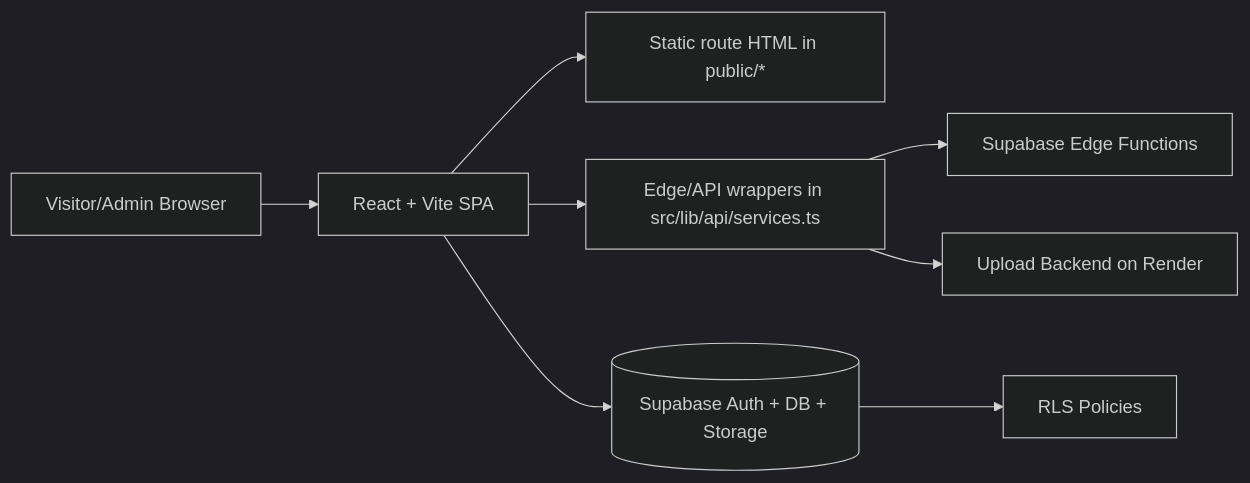
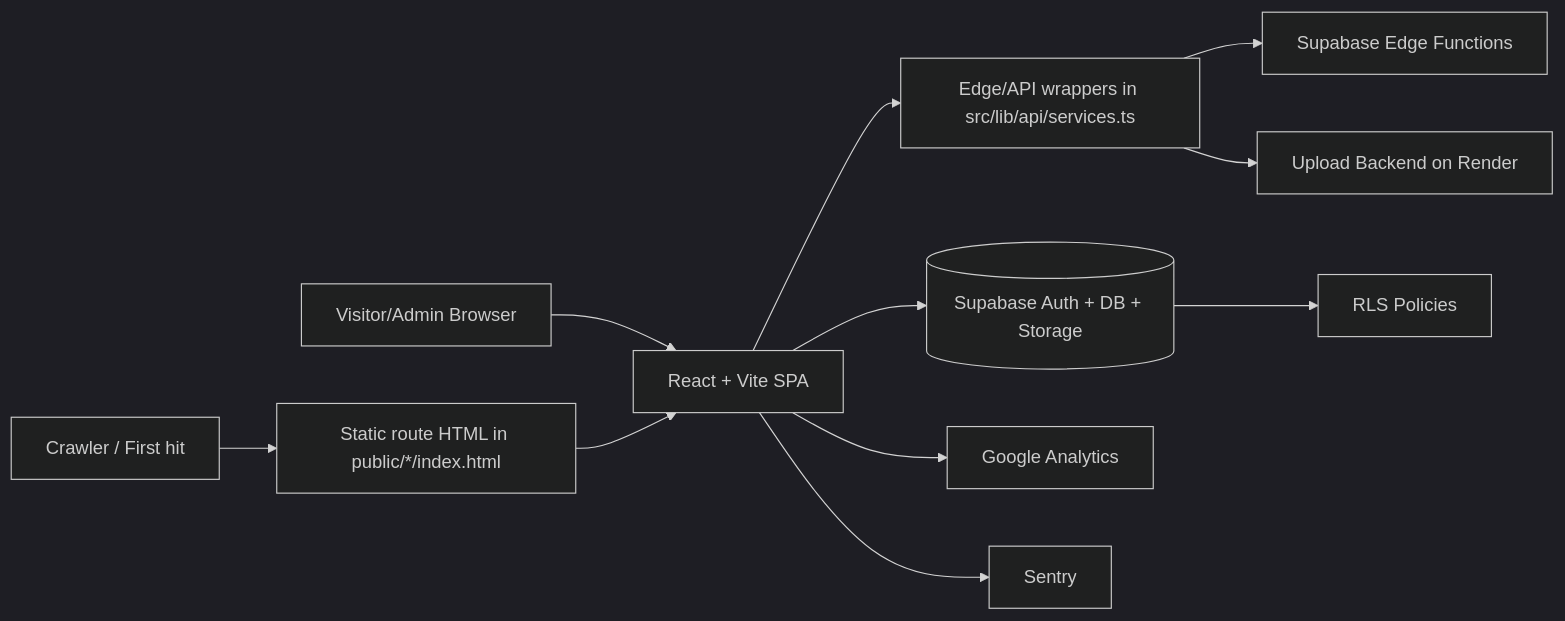
One commit to validayo/shootforarts-frontend changed the diagram in README.md. Above: the diagram before and after it, drawn with Mermaid (dark theme). The commit also changed other lines of this file and 1 other file, not shown here.

````diff
--- a/README.md
+++ b/README.md
@@ -26,10 +40,13 @@
 ```mermaid
 flowchart LR
   U[Visitor/Admin Browser] --> SPA[React + Vite SPA]
-  SPA --> SEO[Static route HTML in public/*]
+  C[Crawler / First hit] --> SEO[Static route HTML in public/*/index.html]
+  SEO --> SPA
   SPA --> API[Edge/API wrappers in src/lib/api/services.ts]
   API --> EF[Supabase Edge Functions]
   API --> UP[Upload Backend on Render]
   SPA --> SB[(Supabase Auth + DB + Storage)]
+  SPA --> GA[Google Analytics]
+  SPA --> SEN[Sentry]
   SB --> RLS[RLS Policies]
 ```
````
